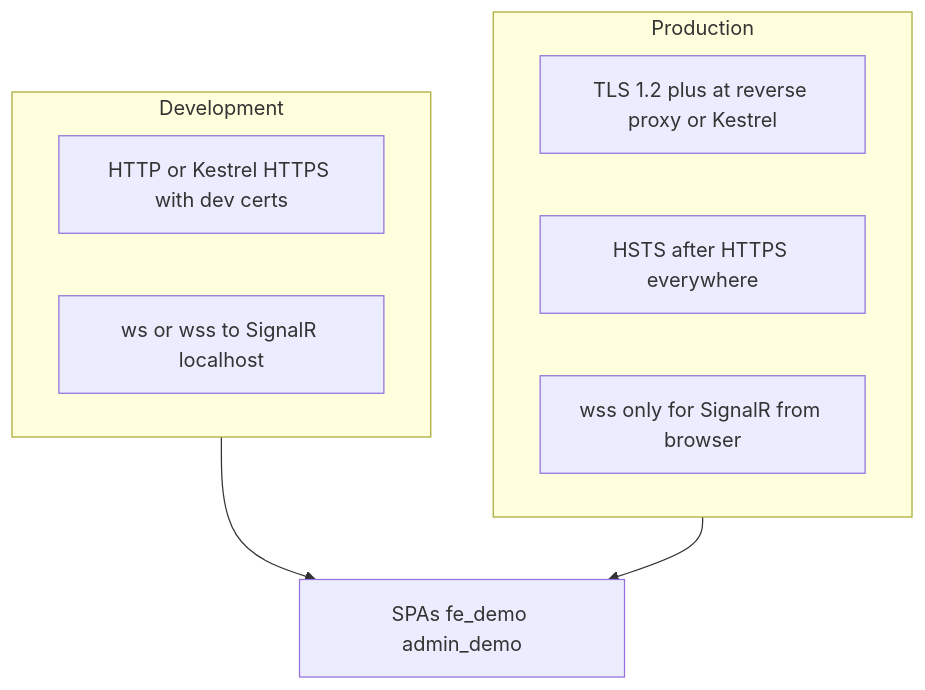
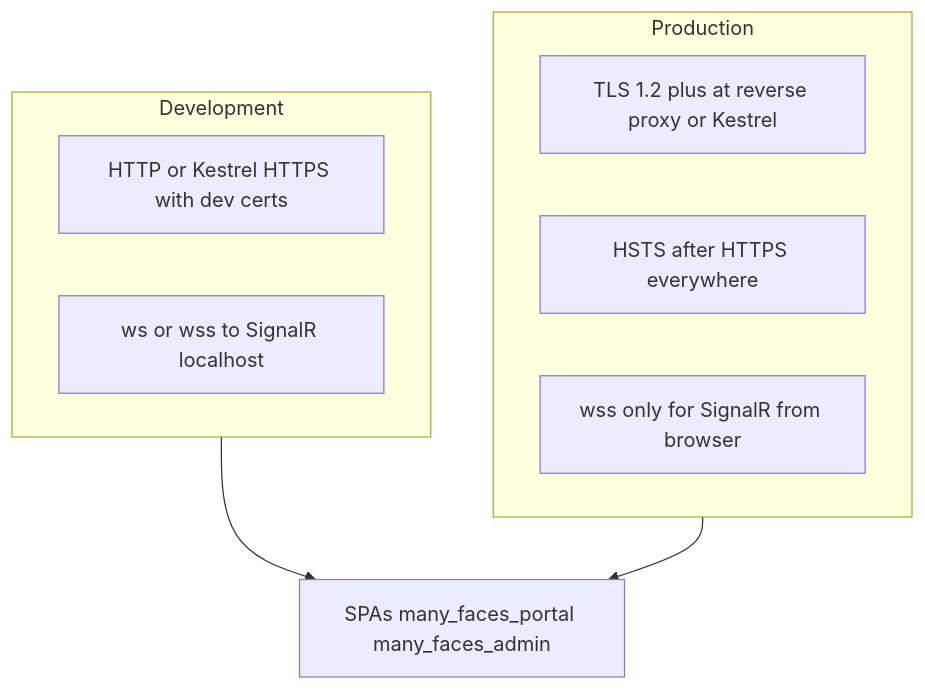
Before and after one commit to 01laky/mfai_demo: the sixth of 10 diagrams in docs/guides/security-crypto-sockets.md, drawn with Mermaid. The commit also changed other lines of this file and 56 other files, not shown here.

First line of the commit message:
chore: rename submodule directories to many_faces_* paths

````diff
--- a/docs/guides/security-crypto-sockets.md
+++ b/docs/guides/security-crypto-sockets.md
@@ -317,14 +317,14 @@
 ```mermaid
 flowchart TB
   subgraph Dev["Development"]
     D1[HTTP or Kestrel HTTPS with dev certs]
     D2[ws or wss to SignalR localhost]
   end
   subgraph Prod["Production"]
     P1[TLS 1.2 plus at reverse proxy or Kestrel]
     P2[HSTS after HTTPS everywhere]
     P3[wss only for SignalR from browser]
   end
-  Dev --> Clients[SPAs fe_demo admin_demo]
+  Dev --> Clients[SPAs many_faces_portal many_faces_admin]
   Prod --> Clients
 ```
````
